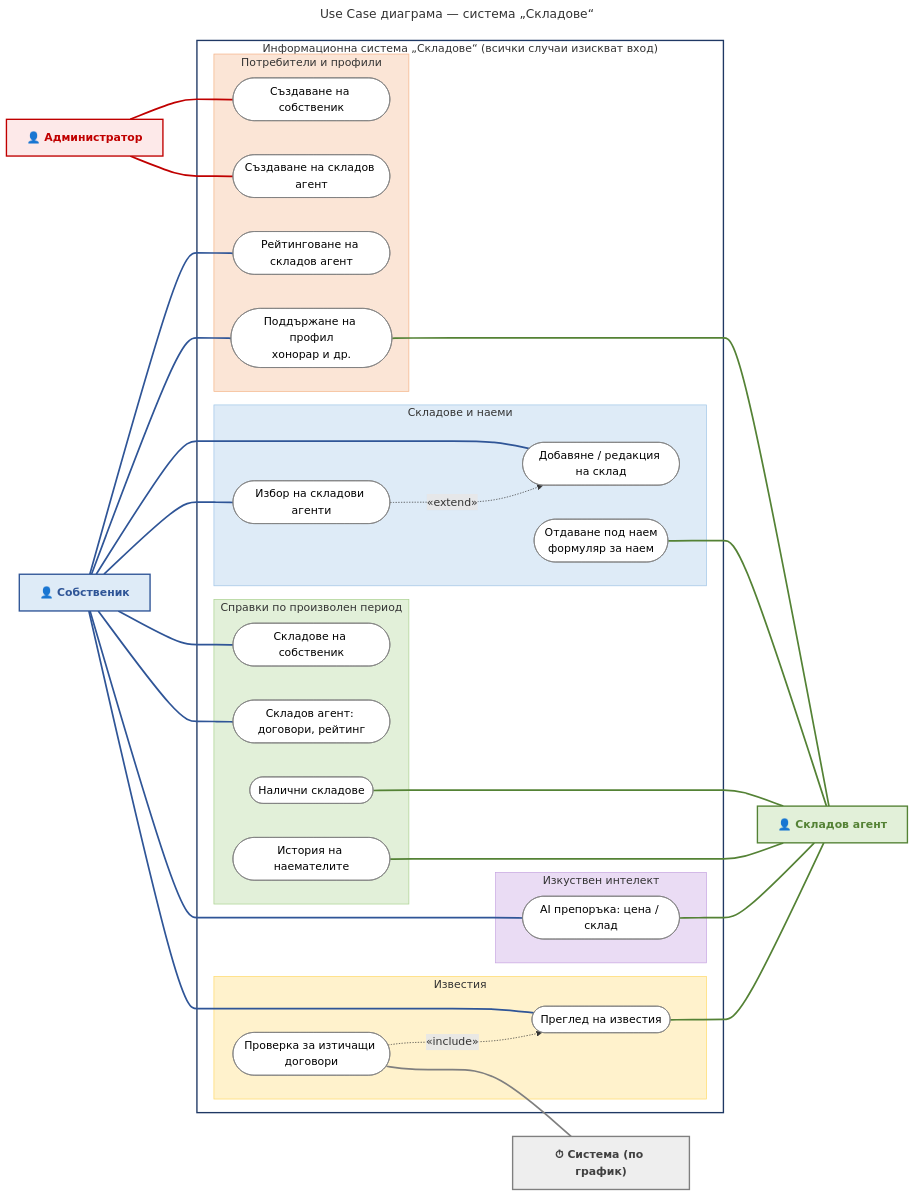
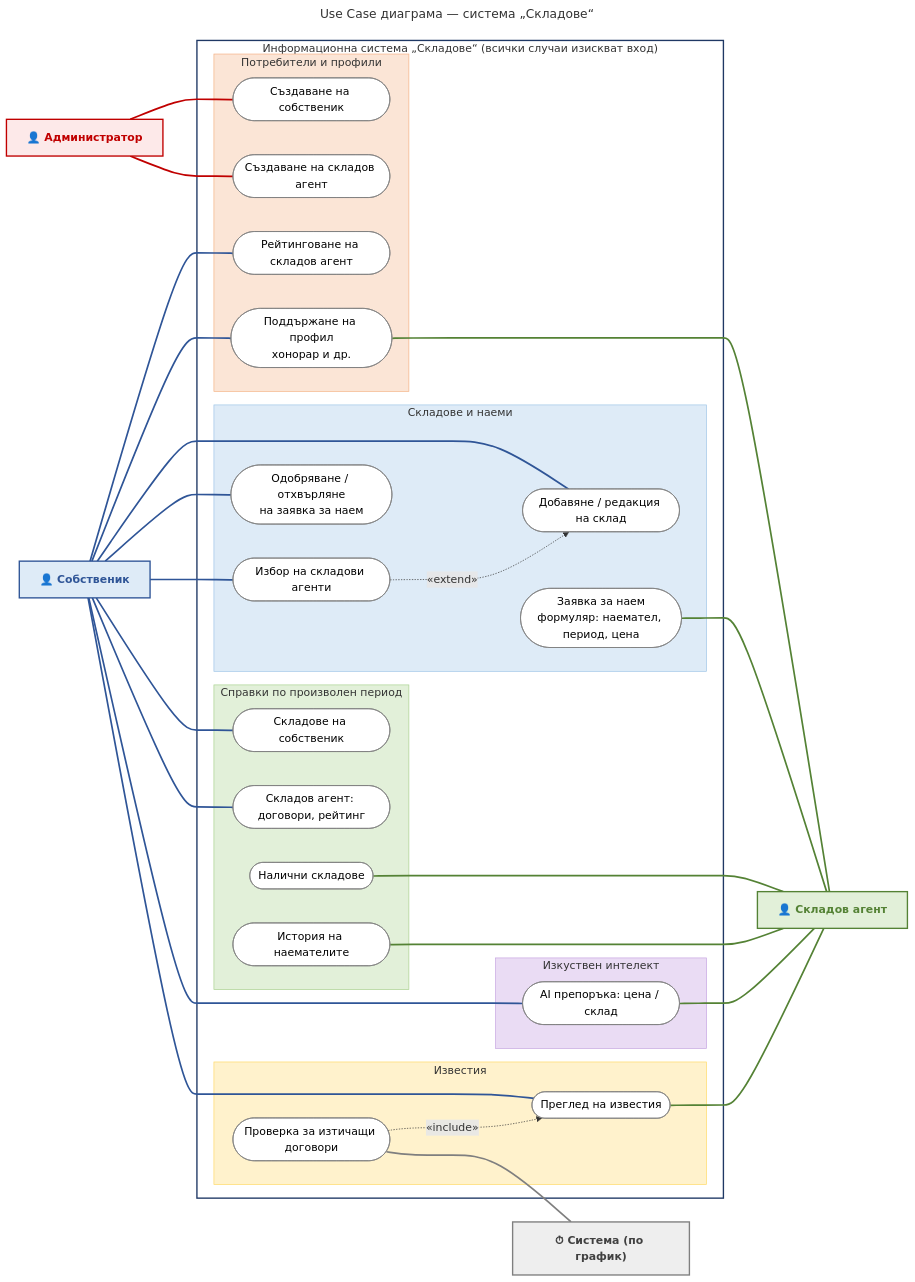
The diagram in docs/mermaid/use-case.mmd (MaxiTVBG/skladove-spring), drawn with Mermaid before and after one commit. The commit also changed 10 other files, not shown here.

Commit message:
Диаграмите обновени според entity-тата и RentalService

```diff
--- a/docs/mermaid/use-case.mmd
+++ b/docs/mermaid/use-case.mmd
@@ -1,87 +1,89 @@
 ---
 title: Use Case диаграма — система „Складове“
 ---
 flowchart LR
   %% Mermaid няма отделен тип за Use Case, затова се рисува с flowchart:
   %% актьорите са отвън, случаите на употреба (овали) са в рамката на системата.
   %% Цветът на линията показва кой актьор използва случая.
 
   ADMIN["👤 Администратор"]
   OWNER["👤 Собственик"]
 
   subgraph SYS["Информационна система „Складове“ (всички случаи изискват вход)"]
     subgraph G1["Потребители и профили"]
       uc1([Създаване на собственик])
       uc2([Създаване на складов агент])
       uc3([Рейтинговане на складов агент])
       uc4([Поддържане на профил<br/>хонорар и др.])
     end
     subgraph G2["Складове и наеми"]
       uc5([Добавяне / редакция на склад])
       uc6([Избор на складови агенти])
-      uc7([Отдаване под наем<br/>формуляр за наем])
+      uc7([Заявка за наем<br/>формуляр: наемател, период, цена])
+      uc15([Одобряване / отхвърляне<br/>на заявка за наем])
     end
     subgraph G3["Справки по произволен период"]
       uc8([Складове на собственик])
       uc9([Складов агент: договори, рейтинг])
       uc10([Налични складове])
       uc11([История на наемателите])
     end
     subgraph G4["Изкуствен интелект"]
       uc12([AI препоръка: цена / склад])
     end
     subgraph G5["Известия"]
       uc13([Преглед на известия])
       uc14([Проверка за изтичащи договори])
     end
   end
 
   AGENT["👤 Складов агент"]
   SCHED["⏱ Система (по график)"]
 
   %% Администратор (линии 0–1)
   ADMIN --- uc1
   ADMIN --- uc2
-  %% Собственик (линии 2–9)
+  %% Собственик (линии 2–10)
   OWNER --- uc3
   OWNER --- uc4
   OWNER --- uc5
   OWNER --- uc6
+  OWNER --- uc15
   OWNER --- uc8
   OWNER --- uc9
   OWNER --- uc12
   OWNER --- uc13
-  %% Складов агент (линии 10–15)
+  %% Складов агент (линии 11–16)
   uc4 --- AGENT
   uc7 --- AGENT
   uc10 --- AGENT
   uc11 --- AGENT
   uc12 --- AGENT
   uc13 --- AGENT
-  %% Система (линия 16)
+  %% Система (линия 17)
   uc14 --- SCHED
-  %% extend / include (линии 17–18)
+  %% extend / include (линии 18–19)
   uc6 -. "«extend»" .-> uc5
   uc14 -. "«include»" .-> uc13
 
   linkStyle 0,1 stroke:#C00000,stroke-width:2.5px
-  linkStyle 2,3,4,5,6,7,8,9 stroke:#2F5597,stroke-width:2.5px
-  linkStyle 10,11,12,13,14,15 stroke:#548235,stroke-width:2.5px
-  linkStyle 16 stroke:#7F7F7F,stroke-width:2.5px
+  linkStyle 2,3,4,5,6,7,8,9,10 stroke:#2F5597,stroke-width:2.5px
+  linkStyle 11,12,13,14,15,16 stroke:#548235,stroke-width:2.5px
+  linkStyle 17 stroke:#7F7F7F,stroke-width:2.5px
 
   classDef admin fill:#FDE9E9,stroke:#C00000,stroke-width:2px,color:#C00000,font-weight:bold
   classDef owner fill:#DEEBF7,stroke:#2F5597,stroke-width:2px,color:#2F5597,font-weight:bold
   classDef agent fill:#E2F0D9,stroke:#548235,stroke-width:2px,color:#548235,font-weight:bold
   classDef sched fill:#EEEEEE,stroke:#7F7F7F,stroke-width:2px,color:#404040,font-weight:bold
   classDef uc fill:#FFFFFF,stroke:#7F7F7F,color:#000
   class ADMIN admin
   class OWNER owner
   class AGENT agent
   class SCHED sched
-  class uc1,uc2,uc3,uc4,uc5,uc6,uc7,uc8,uc9,uc10,uc11,uc12,uc13,uc14 uc
+  class uc1,uc2,uc3,uc4,uc5,uc6,uc7,uc8,uc9,uc10,uc11,uc12,uc13,uc14,uc15 uc
   style SYS fill:#FFFFFF,stroke:#1F3864,stroke-width:2px
   style G1 fill:#FBE5D6,stroke:#F4B183
   style G2 fill:#DEEBF7,stroke:#9DC3E6
   style G3 fill:#E2F0D9,stroke:#A9D18E
   style G4 fill:#EADCF4,stroke:#C5A3E0
   style G5 fill:#FFF2CC,stroke:#FFD966
```
